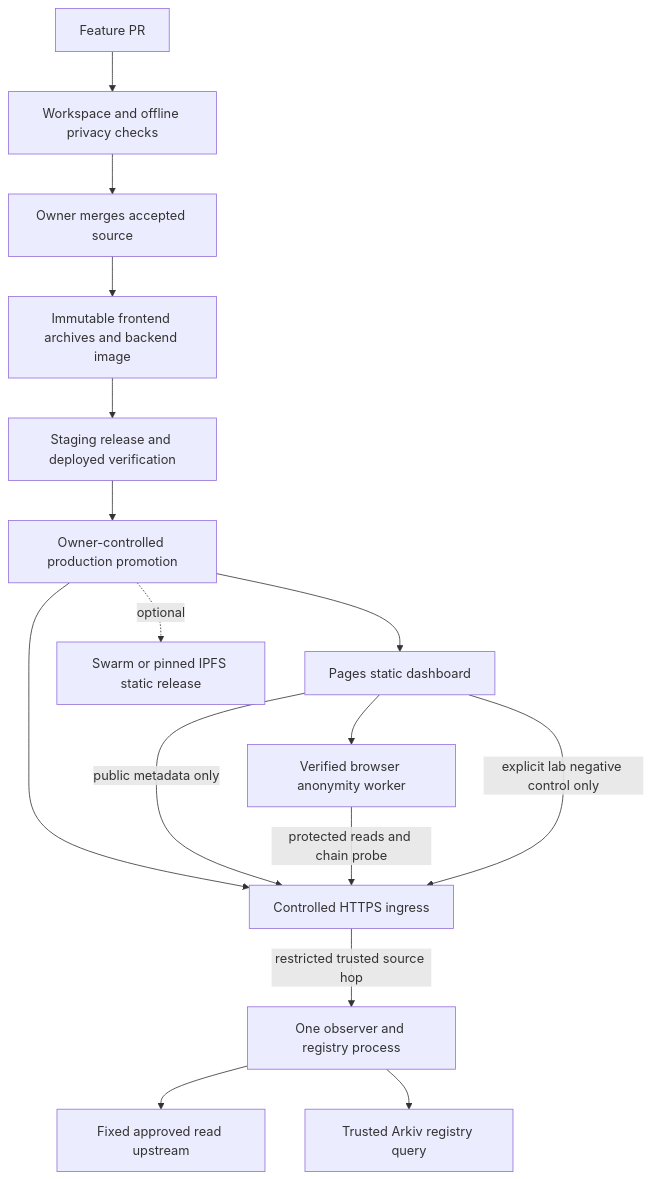
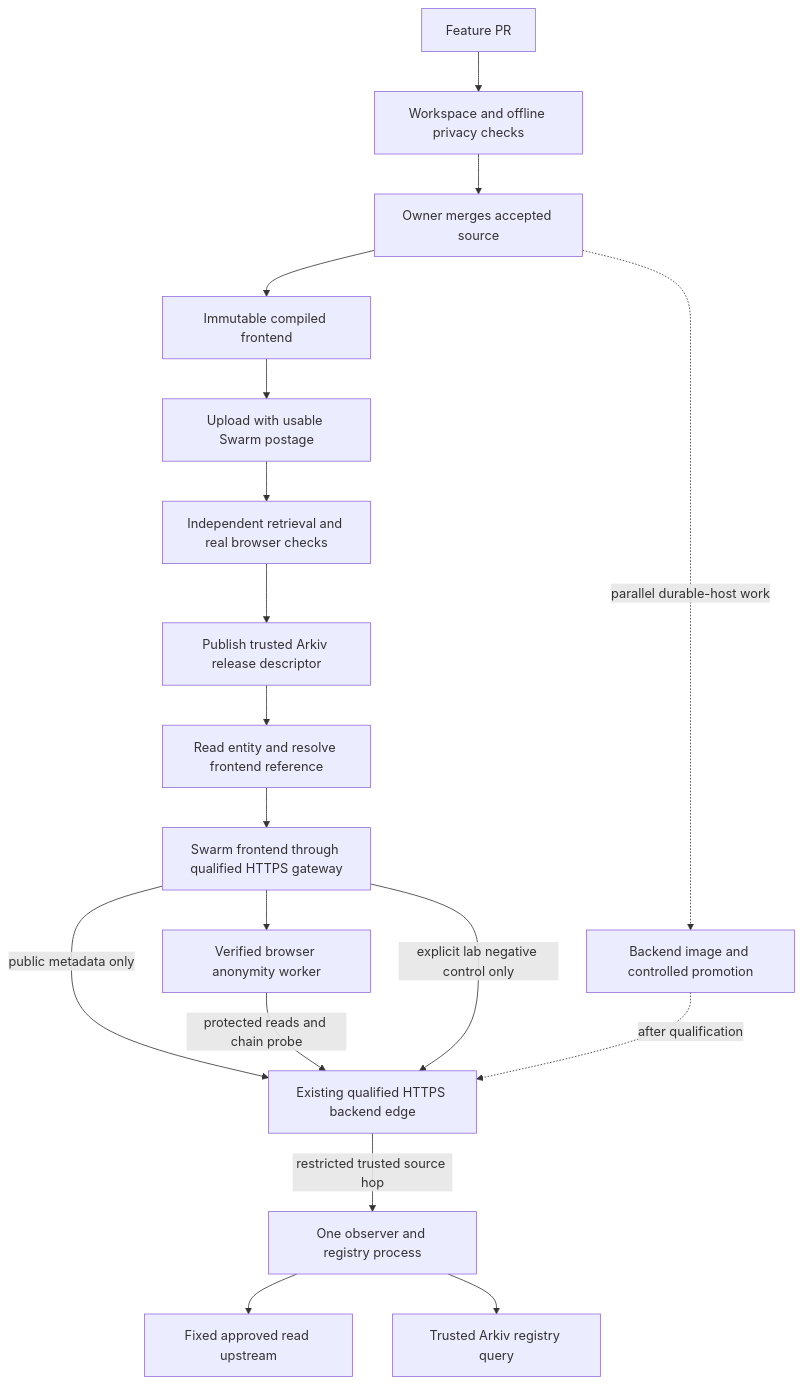
Before and after one commit to Dijo-404/monolith: the diagram in docs/deployment-platform-plan.md, drawn with Mermaid. The commit also changed other lines of this file, not shown here.

Commit message:
docs: make Swarm primary and plan Arkiv bonus evidence

````diff
--- a/docs/deployment-platform-plan.md
+++ b/docs/deployment-platform-plan.md
@@ -47,18 +71,21 @@
 ```mermaid
 flowchart TD
   PR[Feature PR] --> CHECK[Workspace and offline privacy checks]
   CHECK --> MERGE[Owner merges accepted source]
-  MERGE --> ART[Immutable frontend archives and backend image]
-  ART --> STAGE[Staging release and deployed verification]
-  STAGE --> PROMOTE[Owner-controlled production promotion]
-  PROMOTE --> STATIC[Pages static dashboard]
-  PROMOTE --> EDGE[Controlled HTTPS ingress]
+  MERGE --> ART[Immutable compiled frontend]
+  ART --> UPLOAD[Upload with usable Swarm postage]
+  UPLOAD --> VERIFY[Independent retrieval and real browser checks]
+  VERIFY --> RELEASE[Publish trusted Arkiv release descriptor]
+  RELEASE --> DISCOVER[Read entity and resolve frontend reference]
+  DISCOVER --> STATIC[Swarm frontend through qualified HTTPS gateway]
+  EDGE[Existing qualified HTTPS backend edge]
   STATIC -->|public metadata only| EDGE
   STATIC --> WORKER[Verified browser anonymity worker]
   WORKER -->|protected reads and chain probe| EDGE
   STATIC -->|explicit lab negative control only| EDGE
   EDGE -->|restricted trusted source hop| API[One observer and registry process]
   API --> UPSTREAM[Fixed approved read upstream]
   API --> ARKIV[Trusted Arkiv registry query]
-  PROMOTE -. optional .-> MIRROR[Swarm or pinned IPFS static release]
+  MERGE -. parallel durable-host work .-> IMAGE[Backend image and controlled promotion]
+  IMAGE -. after qualification .-> EDGE
 ```
````
